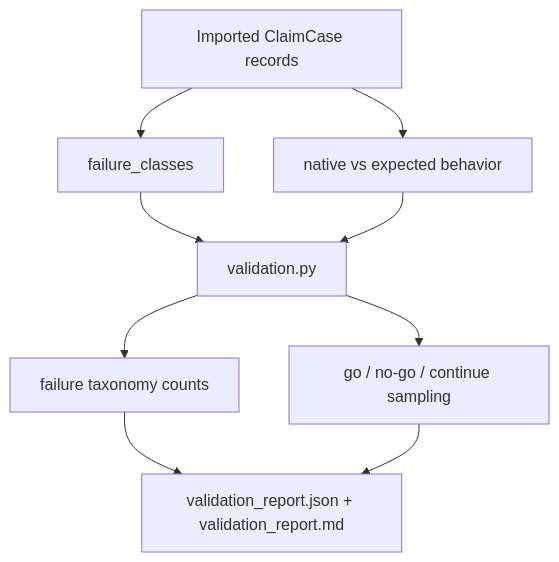
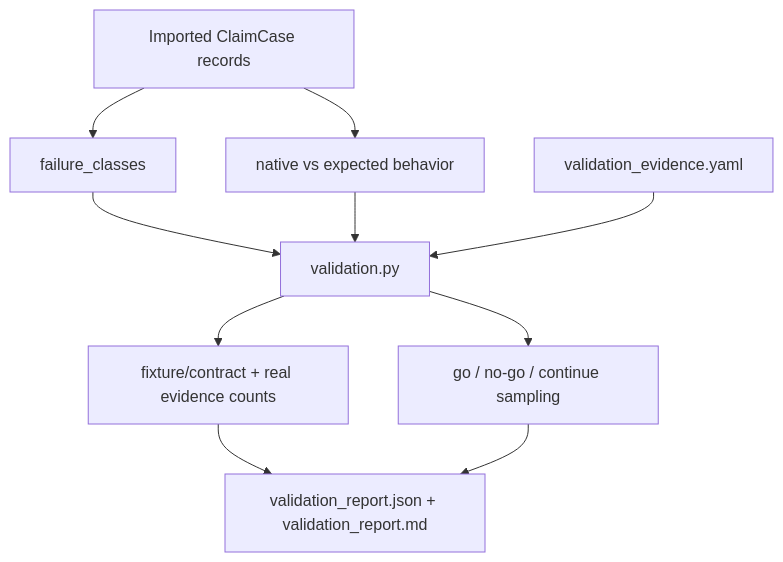
The diagram in docs/design/modules/validation_reporting.md (Holosemantix/CairnLab), drawn with Mermaid before and after one commit. The commit also changed other lines of this file and 34 other files, not shown here.

````diff
--- a/docs/design/modules/validation_reporting.md
+++ b/docs/design/modules/validation_reporting.md
@@ -37,15 +39,17 @@
 ```mermaid
 flowchart TD
     cases["Imported ClaimCase records"]
+    ledger["validation_evidence.yaml"]
     classes["failure_classes"]
     behavior["native vs expected behavior"]
     validation["validation.py"]
-    counts["failure taxonomy counts"]
+    counts["fixture/contract + real evidence counts"]
     recommendation["go / no-go / continue sampling"]
     reports["validation_report.json + validation_report.md"]
 
     cases --> classes --> validation
     cases --> behavior --> validation
+    ledger --> validation
     validation --> counts --> reports
     validation --> recommendation --> reports
 ```
````
